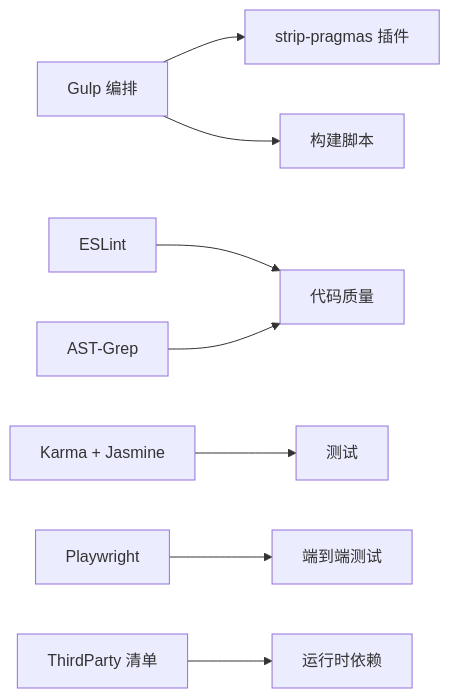
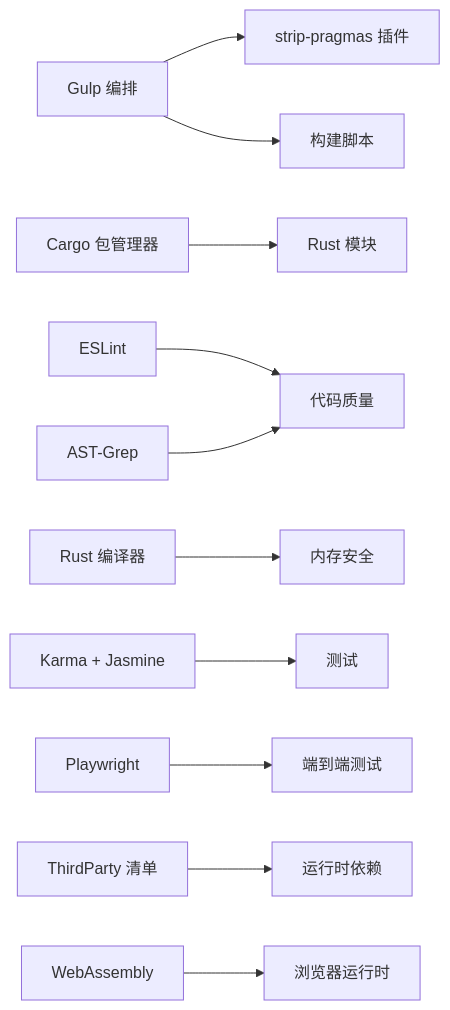
The tenth of 10 diagrams in .qoder/repowiki/zh/content/项目概述/技术栈.md (rzhangjing/cesium), drawn with Mermaid before and after one commit. The commit also changed other lines of this file and 60 other files, not shown here.

````diff
--- a/.qoder/repowiki/zh/content/项目概述/技术栈.md
+++ b/.qoder/repowiki/zh/content/项目概述/技术栈.md
@@ -394,10 +577,13 @@
 ```mermaid
 graph LR
 Gulp["Gulp 编排"] --> Strip["strip-pragmas 插件"]
 Gulp --> Scripts["构建脚本"]
+Cargo["Cargo 包管理器"] --> RustModules["Rust 模块"]
 ESLint["ESLint"] --> Quality["代码质量"]
 ASTGrep["AST-Grep"] --> Quality
+Rustc["Rust 编译器"] --> Safety["内存安全"]
 Karma["Karma + Jasmine"] --> Test["测试"]
 Playwright["Playwright"] --> E2E["端到端测试"]
 ThirdParty["ThirdParty 清单"] --> Runtime["运行时依赖"]
+WASM["WebAssembly"] --> BrowserRuntime["浏览器运行时"]
 ```
````
